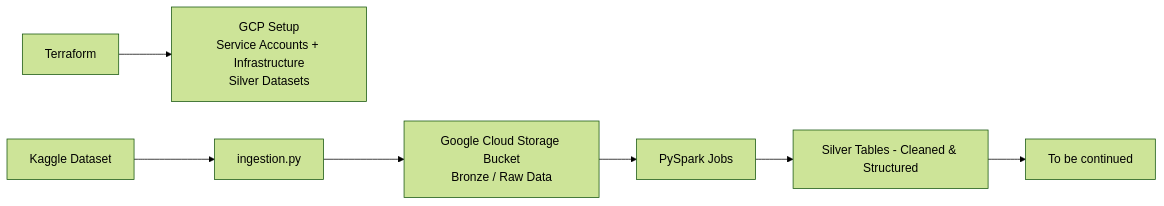
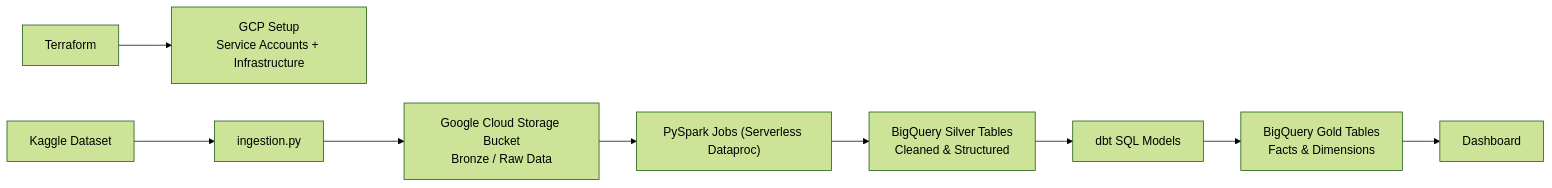
One commit to F-iol/Olist-ecommerce-project changed the diagram in README.md. Above: the diagram before and after it, drawn with Mermaid (forest theme). The commit also changed other lines of this file, not shown here.

````diff
--- a/README.md
+++ b/README.md
@@ -9,13 +9,16 @@
 ```mermaid
 flowchart LR
 
-A[Terraform] --> B["GCP Setup<br/>Service Accounts + Infrastructure<br/>Silver Datasets"]
+A[Terraform] --> B["GCP Setup<br/>Service Accounts + Infrastructure"]
 
 C[Kaggle Dataset] --> D["ingestion.py"]
 D --> E["Google Cloud Storage Bucket<br/>Bronze / Raw Data"]
 
-E --> F["PySpark Jobs"]
-F --> G["Silver Tables - Cleaned & Structured"]
+E --> F["PySpark Jobs (Serverless Dataproc)"]
+F --> G["BigQuery Silver Tables<br/>Cleaned & Structured"]
 
-G --> H["To be continued"]
+G --> H["dbt SQL Models"]
+H --> I["BigQuery Gold Tables<br/>Facts & Dimensions"]
+
+I --> J["Dashboard"]
 ```
````
